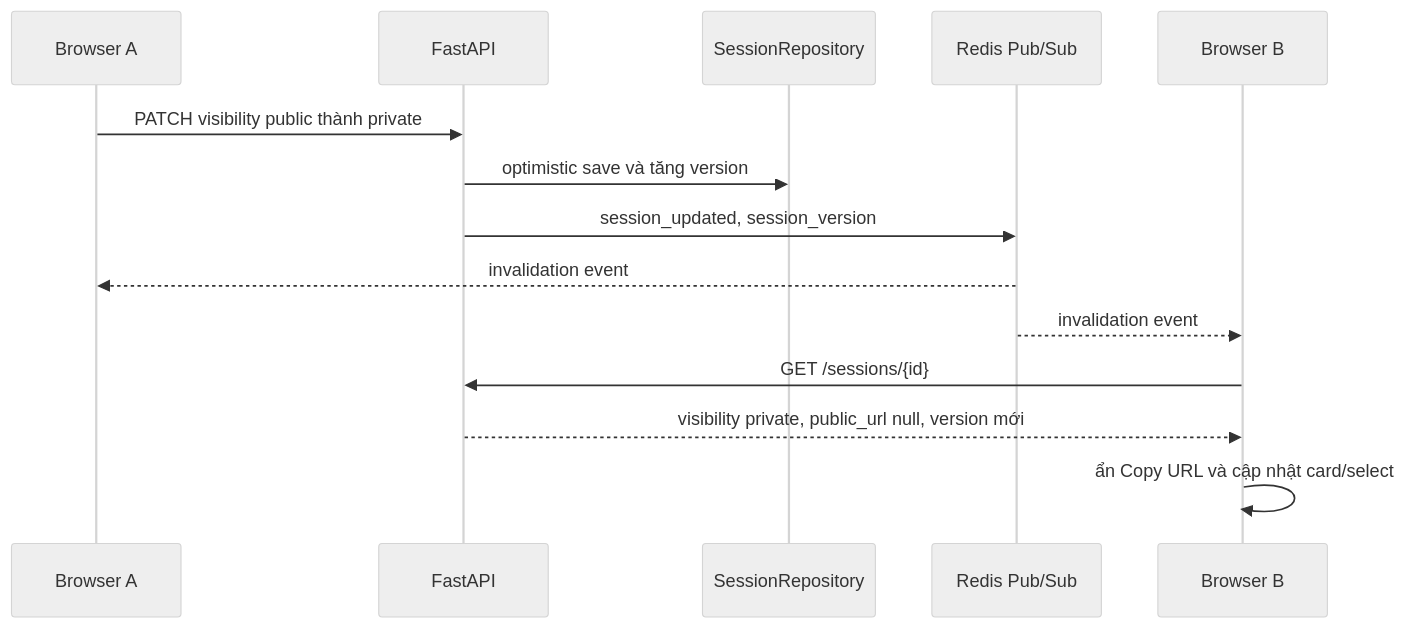
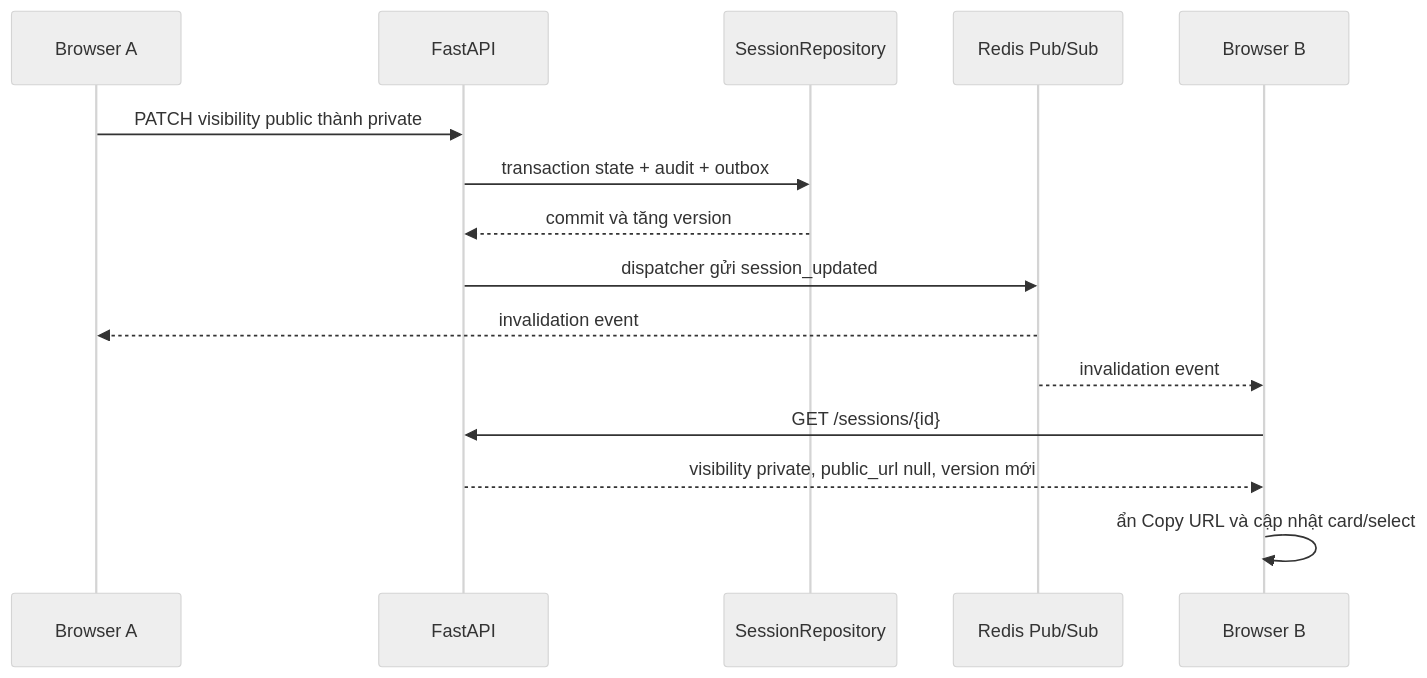
The seventh of 8 diagrams in docs/server-flow.md (thinhphan97/PersonaForge), drawn with Mermaid (neutral theme) before and after one commit. The commit also changed other lines of this file and 21 other files, not shown here.

````diff
--- a/docs/server-flow.md
+++ b/docs/server-flow.md
@@ -259,17 +259,18 @@
 ```mermaid
 sequenceDiagram
     participant A as Browser A
     participant API as FastAPI
     participant DB as SessionRepository
     participant E as Redis Pub/Sub
     participant B as Browser B
 
     A->>API: PATCH visibility public thành private
-    API->>DB: optimistic save và tăng version
-    API->>E: session_updated, session_version
+    API->>DB: transaction state + audit + outbox
+    DB-->>API: commit và tăng version
+    API->>E: dispatcher gửi session_updated
     E-->>A: invalidation event
     E-->>B: invalidation event
     B->>API: GET /sessions/{id}
     API-->>B: visibility private, public_url null, version mới
     B->>B: ẩn Copy URL và cập nhật card/select
 ```
````
